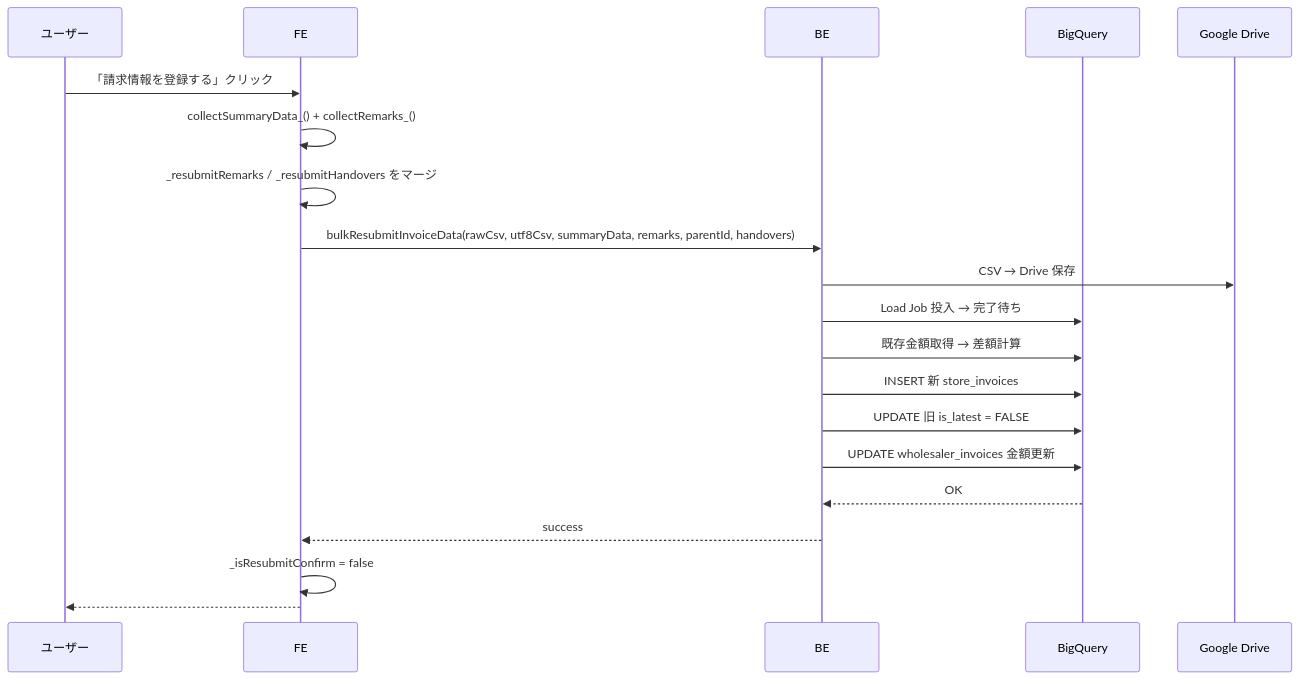
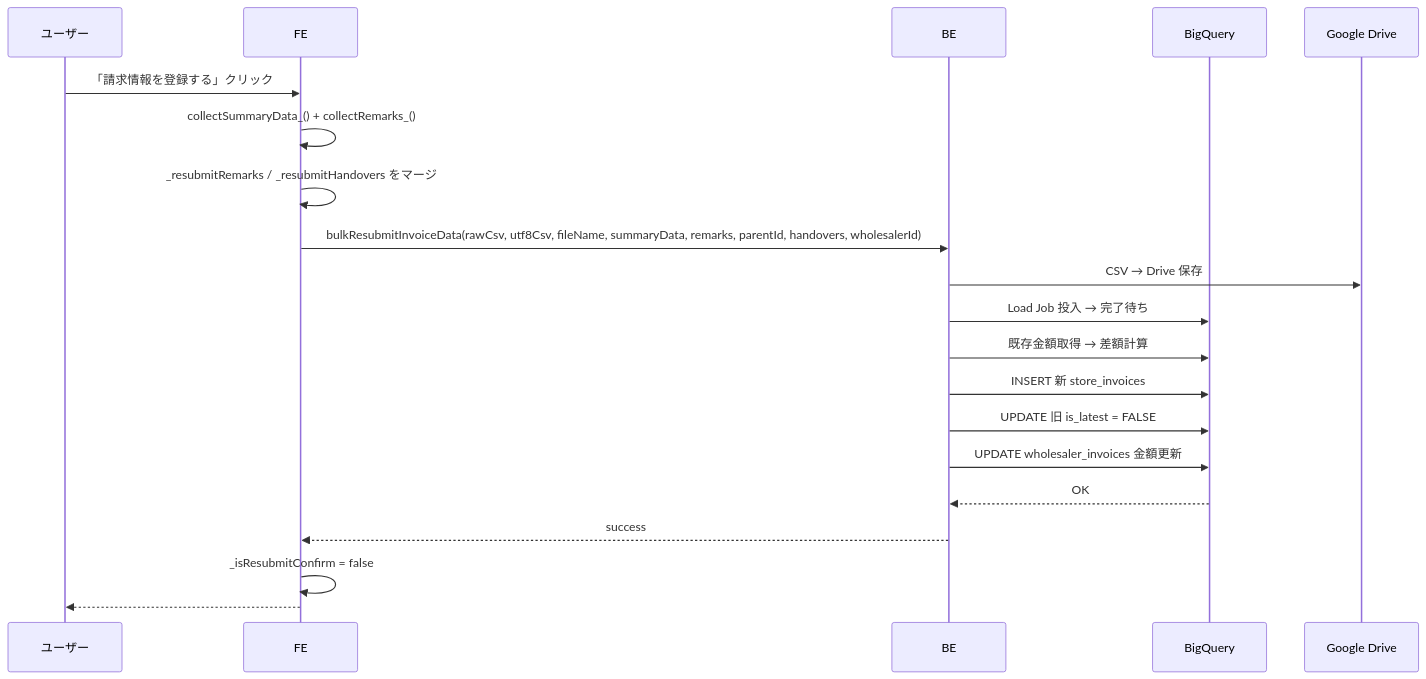
One commit to USEN-PAY-Products/connect-wholesale-gas-poc changed the sixth of 6 diagrams in docs/specifications/03_confirm_page.md. Above: the diagram before and after it, drawn with Mermaid. The commit also changed other lines of this file and 8 other files, not shown here.

````diff
--- a/docs/specifications/03_confirm_page.md
+++ b/docs/specifications/03_confirm_page.md
@@ -263,26 +263,26 @@
 ```mermaid
 sequenceDiagram
     participant U as ユーザー
     participant FE as FE
     participant BE as BE
     participant BQ as BigQuery
     participant GD as Google Drive
 
     U->>FE: 「請求情報を登録する」クリック
     FE->>FE: collectSummaryData_() + collectRemarks_()
     FE->>FE: _resubmitRemarks / _resubmitHandovers をマージ
 
-    FE->>BE: bulkResubmitInvoiceData(rawCsv, utf8Csv, summaryData, remarks, parentId, handovers)
+    FE->>BE: bulkResubmitInvoiceData(rawCsv, utf8Csv, fileName, summaryData, remarks, parentId, handovers, wholesalerId)
 
     BE->>GD: CSV → Drive 保存
     BE->>BQ: Load Job 投入 → 完了待ち
     BE->>BQ: 既存金額取得 → 差額計算
     BE->>BQ: INSERT 新 store_invoices
     BE->>BQ: UPDATE 旧 is_latest = FALSE
     BE->>BQ: UPDATE wholesaler_invoices 金額更新
     BQ-->>BE: OK
     BE-->>FE: success
 
     FE->>FE: _isResubmitConfirm = false
     FE-->>U: #detail?invoiceId=xxx へ遷移 + 成功トースト
 ```
````
